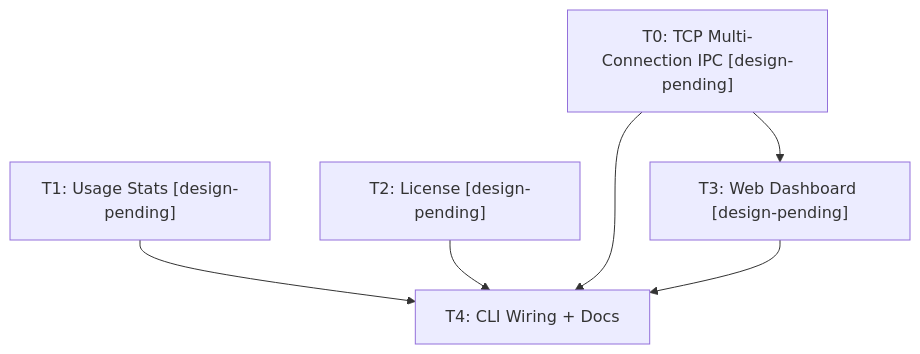
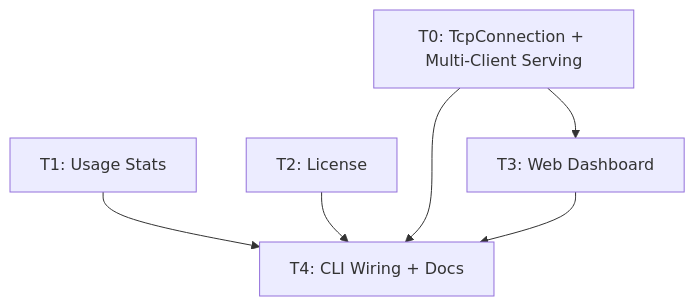
The diagram in docs/superpowers/plans/2026-08-09-agentj-v0.3-plan.md (JeillZhang/agentj), drawn with Mermaid before and after one commit. The commit also changed other lines of this file, not shown here.

Commit message:
docs(plan): rework v0.3 T0/T3/T4 for resident-kernel serving capability

````diff
--- a/docs/superpowers/plans/2026-08-09-agentj-v0.3-plan.md
+++ b/docs/superpowers/plans/2026-08-09-agentj-v0.3-plan.md
@@ -628,8 +878,8 @@
 ```mermaid
 graph TD
-    T0["T0: TCP Multi-Connection IPC [design-pending]"] --> T3["T3: Web Dashboard [design-pending]"]
-    T1["T1: Usage Stats [design-pending]"] --> T4["T4: CLI Wiring + Docs"]
-    T2["T2: License [design-pending]"] --> T4
+    T0["T0: TcpConnection + Multi-Client Serving"] --> T3["T3: Web Dashboard"]
+    T1["T1: Usage Stats"] --> T4["T4: CLI Wiring + Docs"]
+    T2["T2: License"] --> T4
     T0 --> T4
     T3 --> T4
 ```
````
